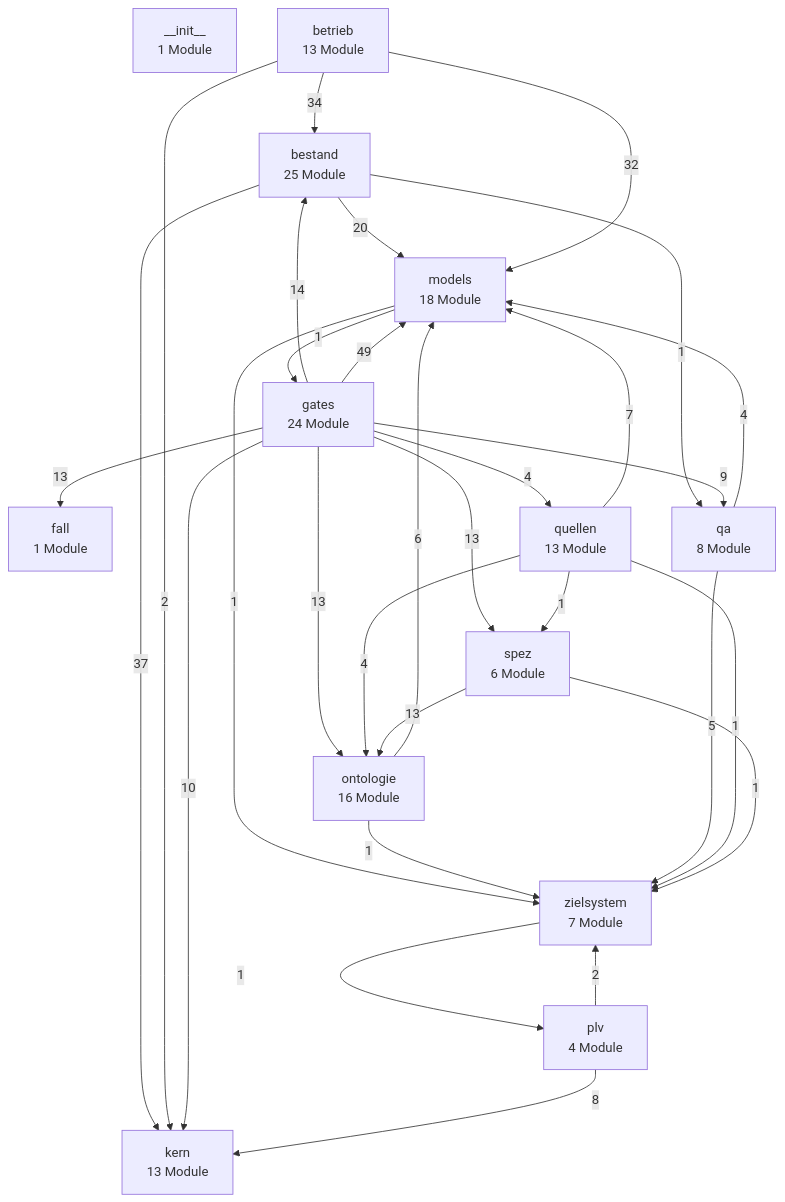
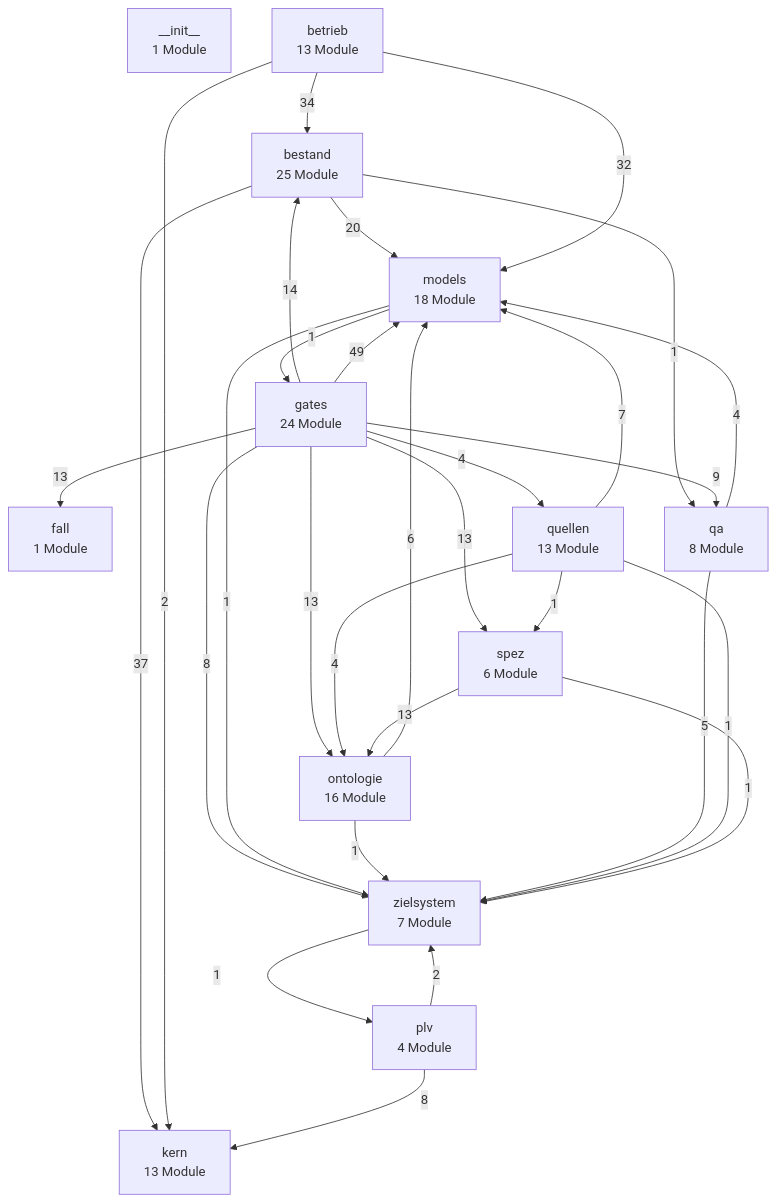
Before and after one commit to bartlmac/rechner-pipeline: the first of 3 diagrams in docs/architektur/landkarte.md, drawn with Mermaid. The commit also changed other lines of this file and 17 other files, not shown here.

````diff
--- a/docs/architektur/landkarte.md
+++ b/docs/architektur/landkarte.md
@@ -31,46 +31,46 @@
 ```mermaid
 %% Schichten — erzeugt von ontologie.landkarte
 flowchart TD
     n__init__["__init__<br/>1 Module"]
     bestand["bestand<br/>25 Module"]
     betrieb["betrieb<br/>13 Module"]
     fall["fall<br/>1 Module"]
     gates["gates<br/>24 Module"]
     kern["kern<br/>13 Module"]
     models["models<br/>18 Module"]
     ontologie["ontologie<br/>16 Module"]
     plv["plv<br/>4 Module"]
     qa["qa<br/>8 Module"]
     quellen["quellen<br/>13 Module"]
     spez["spez<br/>6 Module"]
     zielsystem["zielsystem<br/>7 Module"]
     bestand -- 37 --> kern
     bestand -- 20 --> models
     bestand -- 1 --> qa
     betrieb -- 34 --> bestand
     betrieb -- 2 --> kern
     betrieb -- 32 --> models
     gates -- 14 --> bestand
     gates -- 13 --> fall
-    gates -- 10 --> kern
     gates -- 49 --> models
     gates -- 13 --> ontologie
     gates -- 9 --> qa
     gates -- 4 --> quellen
     gates -- 13 --> spez
+    gates -- 8 --> zielsystem
     models -- 1 --> gates
     models -- 1 --> zielsystem
     ontologie -- 6 --> models
     ontologie -- 1 --> zielsystem
     plv -- 8 --> kern
     plv -- 2 --> zielsystem
     qa -- 4 --> models
     qa -- 5 --> zielsystem
     quellen -- 7 --> models
     quellen -- 4 --> ontologie
     quellen -- 1 --> spez
     quellen -- 1 --> zielsystem
     spez -- 13 --> ontologie
     spez -- 1 --> zielsystem
     zielsystem -- 1 --> plv
 ```
````
